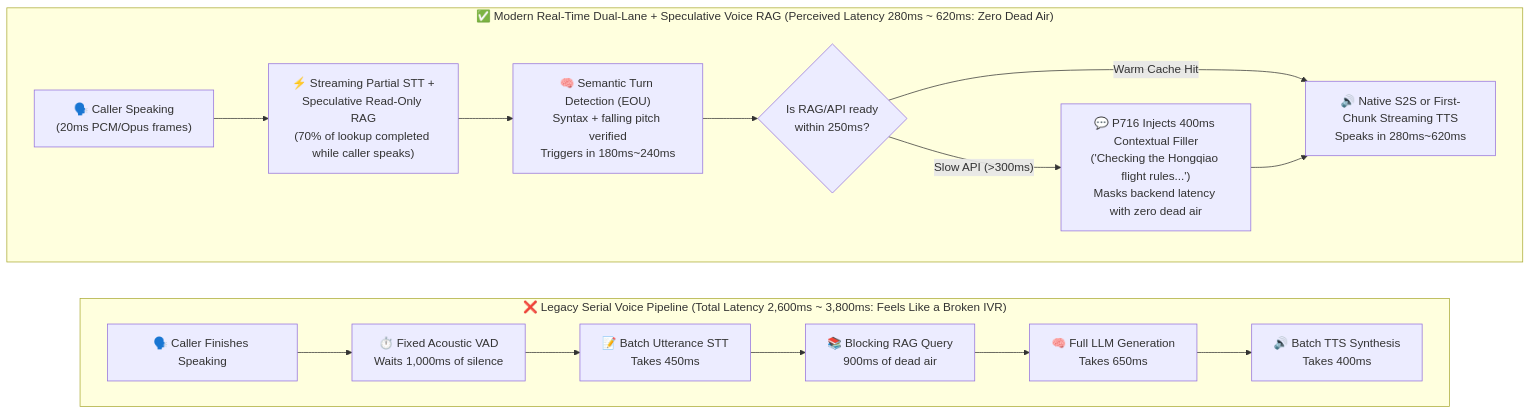
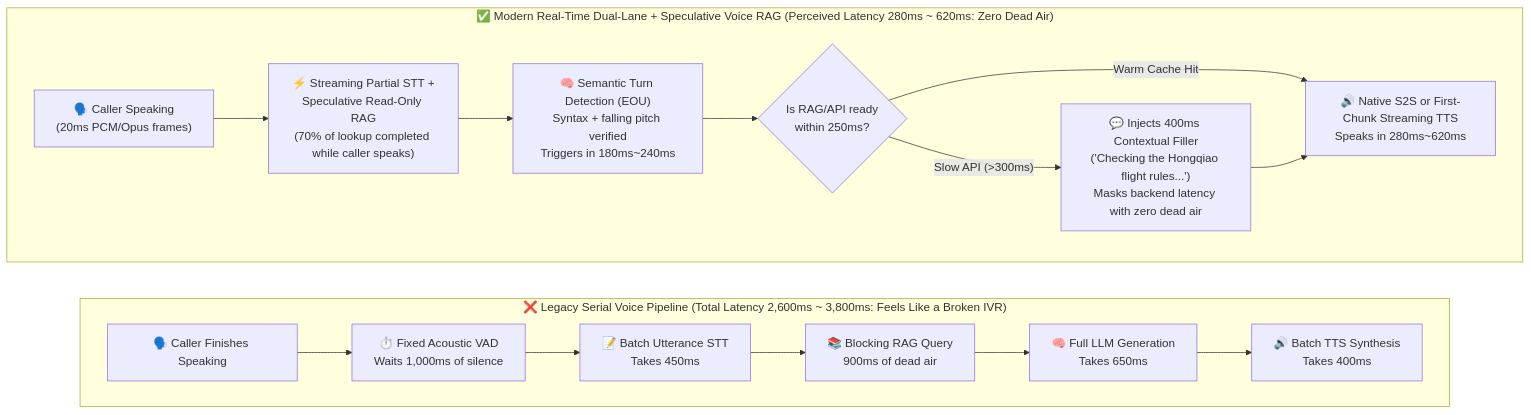
Before and after one commit to turbo998/voice-agent-lab: the second of 3 diagrams in docs/cascaded-vs-s2s-semantic-turn-faq.en.md, drawn with Mermaid. The commit also changed other lines of this file and 715 other files, not shown here.

````diff
--- a/docs/cascaded-vs-s2s-semantic-turn-faq.en.md
+++ b/docs/cascaded-vs-s2s-semantic-turn-faq.en.md
@@ -155,21 +155,21 @@
 ```mermaid
 flowchart LR
-    subgraph Legacy["❌ Legacy Serial Voice Pipeline (Total Latency 2,600ms ~ 3,800ms: Feels Like a Broken IVR)"]
-        direction LR
-        L1["🗣️ Caller Finishes Speaking"] --> L2["⏱️ Fixed Acoustic VAD<br/>Waits 1,000ms of silence"]
-        L2 --> L3["📝 Batch Utterance STT<br/>Takes 450ms"]
-        L3 --> L4["📚 Blocking RAG Query<br/>900ms of dead air"]
-        L4 --> L5["🧠 Full LLM Generation<br/>Takes 650ms"]
-        L5 --> L6["🔊 Batch TTS Synthesis<br/>Takes 400ms"]
-    end
+ subgraph Legacy["❌ Legacy Serial Voice Pipeline (Total Latency 2,600ms ~ 3,800ms: Feels Like a Broken IVR)"]
+ direction LR
+ L1["🗣️ Caller Finishes Speaking"] --> L2["⏱️ Fixed Acoustic VAD<br/>Waits 1,000ms of silence"]
+ L2 --> L3["📝 Batch Utterance STT<br/>Takes 450ms"]
+ L3 --> L4["📚 Blocking RAG Query<br/>900ms of dead air"]
+ L4 --> L5["🧠 Full LLM Generation<br/>Takes 650ms"]
+ L5 --> L6["🔊 Batch TTS Synthesis<br/>Takes 400ms"]
+ end
 
-    subgraph Modern["✅ Modern Real-Time Dual-Lane + Speculative Voice RAG (Perceived Latency 280ms ~ 620ms: Zero Dead Air)"]
-        direction LR
-        M1["🗣️ Caller Speaking<br/>(20ms PCM/Opus frames)"] --> M2["⚡ Streaming Partial STT +<br/>Speculative Read-Only RAG<br/>(70% of lookup completed while caller speaks)"]
-        M2 --> M3["🧠 Semantic Turn Detection (EOU)<br/>Syntax + falling pitch verified<br/>Triggers in 180ms~240ms"]
-        M3 --> M4{"Is RAG/API ready<br/>within 250ms?"}
-        M4 -- "Warm Cache Hit" --> M5["🔊 Native S2S or First-Chunk Streaming TTS<br/>Speaks in 280ms~620ms"]
-        M4 -- "Slow API (>300ms)" --> M6["💬 P716 Injects 400ms Contextual Filler<br/>('Checking the Hongqiao flight rules...')<br/>Masks backend latency with zero dead air"]
-        M6 --> M5
-    end
+ subgraph Modern["✅ Modern Real-Time Dual-Lane + Speculative Voice RAG (Perceived Latency 280ms ~ 620ms: Zero Dead Air)"]
+ direction LR
+ M1["🗣️ Caller Speaking<br/>(20ms PCM/Opus frames)"] --> M2["⚡ Streaming Partial STT +<br/>Speculative Read-Only RAG<br/>(70% of lookup completed while caller speaks)"]
+ M2 --> M3["🧠 Semantic Turn Detection (EOU)<br/>Syntax + falling pitch verified<br/>Triggers in 180ms~240ms"]
+ M3 --> M4{"Is RAG/API ready<br/>within 250ms?"}
+ M4 -- "Warm Cache Hit" --> M5["🔊 Native S2S or First-Chunk Streaming TTS<br/>Speaks in 280ms~620ms"]
+ M4 -- "Slow API (>300ms)" --> M6["💬 Injects 400ms Contextual Filler<br/>('Checking the Hongqiao flight rules...')<br/>Masks backend latency with zero dead air"]
+ M6 --> M5
+ end
 ```
````
